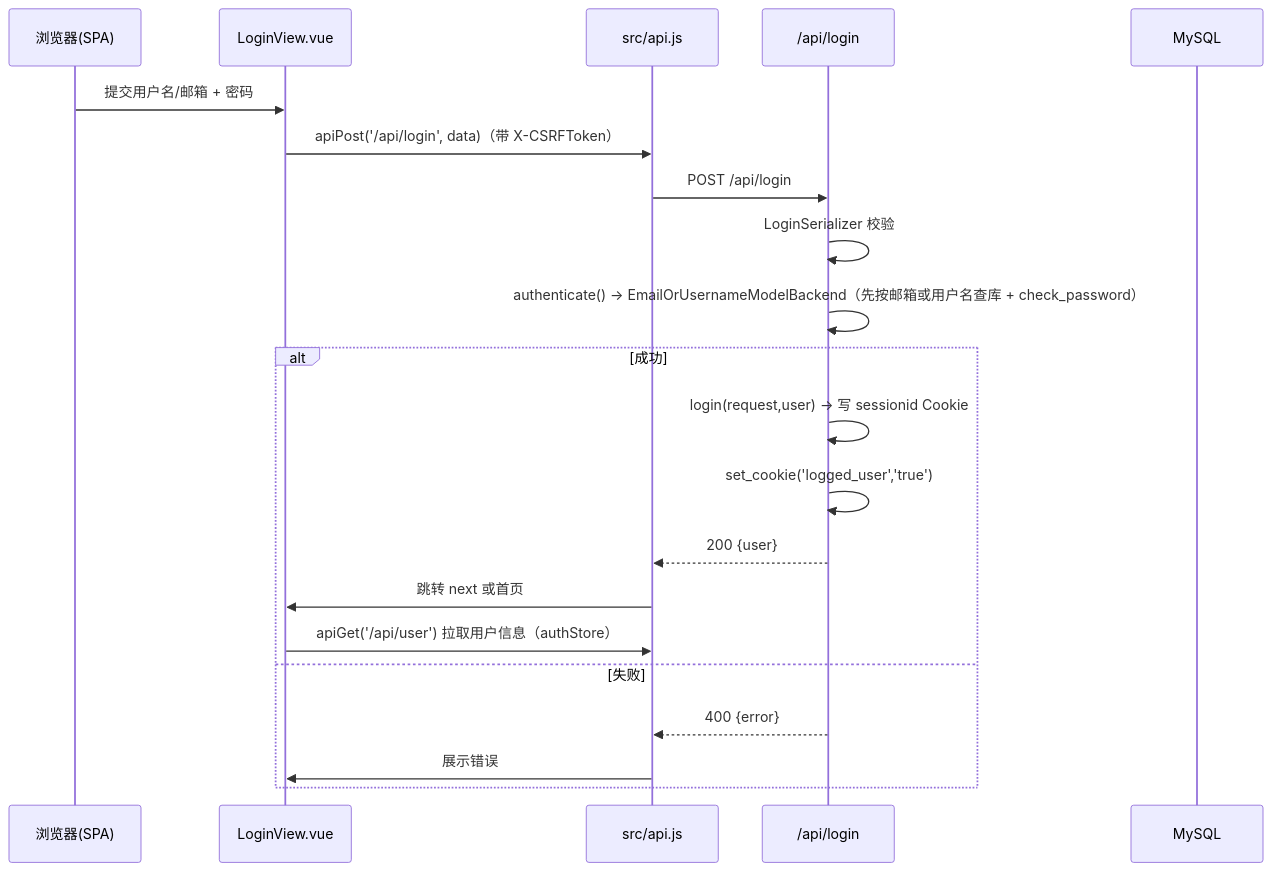
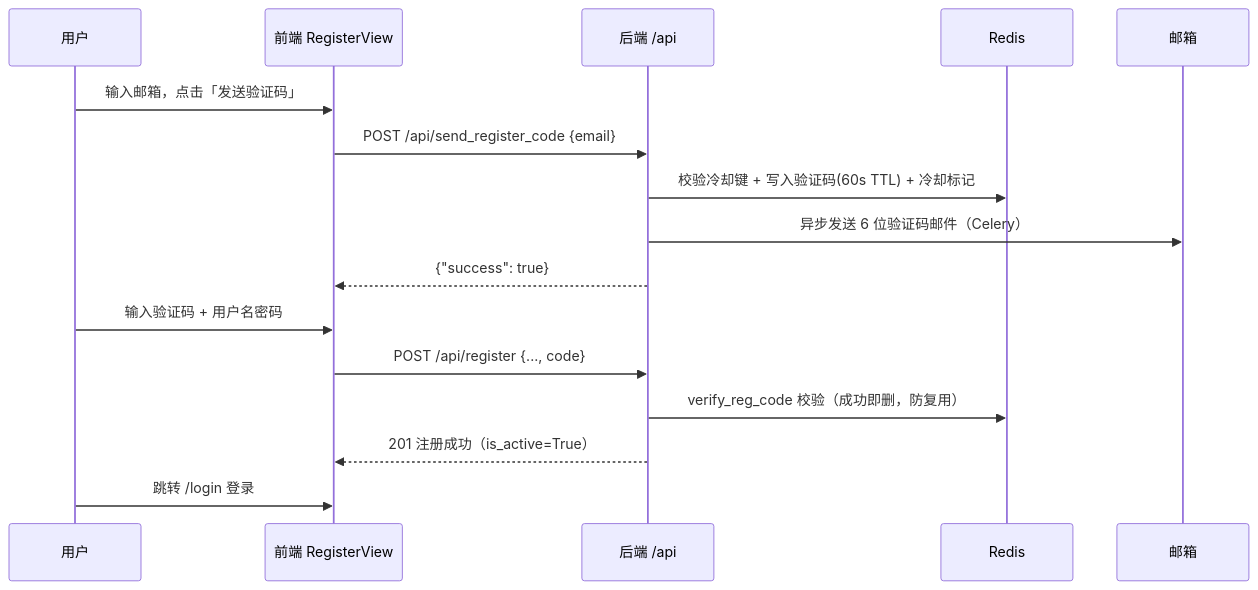
One commit to CZY1452/whrblog changed the first of 3 diagrams in docs/whrblog-start.md. Above: the diagram before and after it, drawn with Mermaid. The commit also changed other lines of this file, not shown here.

````diff
--- a/docs/whrblog-start.md
+++ b/docs/whrblog-start.md
@@ -370,24 +218,18 @@
 ```mermaid
 sequenceDiagram
-    participant U as 浏览器(SPA)
-    participant L as LoginView.vue
-    participant F as src/api.js
-    participant API as /api/login
-    participant DB as MySQL
-
-    U->>L: 提交用户名/邮箱 + 密码
-    L->>F: apiPost('/api/login', data)（带 X-CSRFToken）
-    F->>API: POST /api/login
-    API->>API: LoginSerializer 校验
-    API->>API: authenticate() → EmailOrUsernameModelBackend（先按邮箱或用户名查库 + check_password）
-    alt 成功
-        API->>API: login(request,user) → 写 sessionid Cookie
-        API->>API: set_cookie('logged_user','true')
-        API-->>F: 200 {user}
-        F->>L: 跳转 next 或首页
-        L->>F: apiGet('/api/user') 拉取用户信息（authStore）
-    else 失败
-        API-->>F: 400 {error}
-        F->>L: 展示错误
-    end
+    participant U as 用户
+    participant F as 前端 RegisterView
+    participant B as 后端 /api
+    participant R as Redis
+    participant E as 邮箱
+    U->>F: 输入邮箱，点击「发送验证码」
+    F->>B: POST /api/send_register_code {email}
+    B->>R: 校验冷却键 + 写入验证码(60s TTL) + 冷却标记
+    B->>E: 异步发送 6 位验证码邮件（Celery）
+    B-->>F: {"success": true}
+    U->>F: 输入验证码 + 用户名密码
+    F->>B: POST /api/register {..., code}
+    B->>R: verify_reg_code 校验（成功即删，防复用）
+    B-->>F: 201 注册成功（is_active=True）
+    U->>F: 跳转 /login 登录
 ```
````
